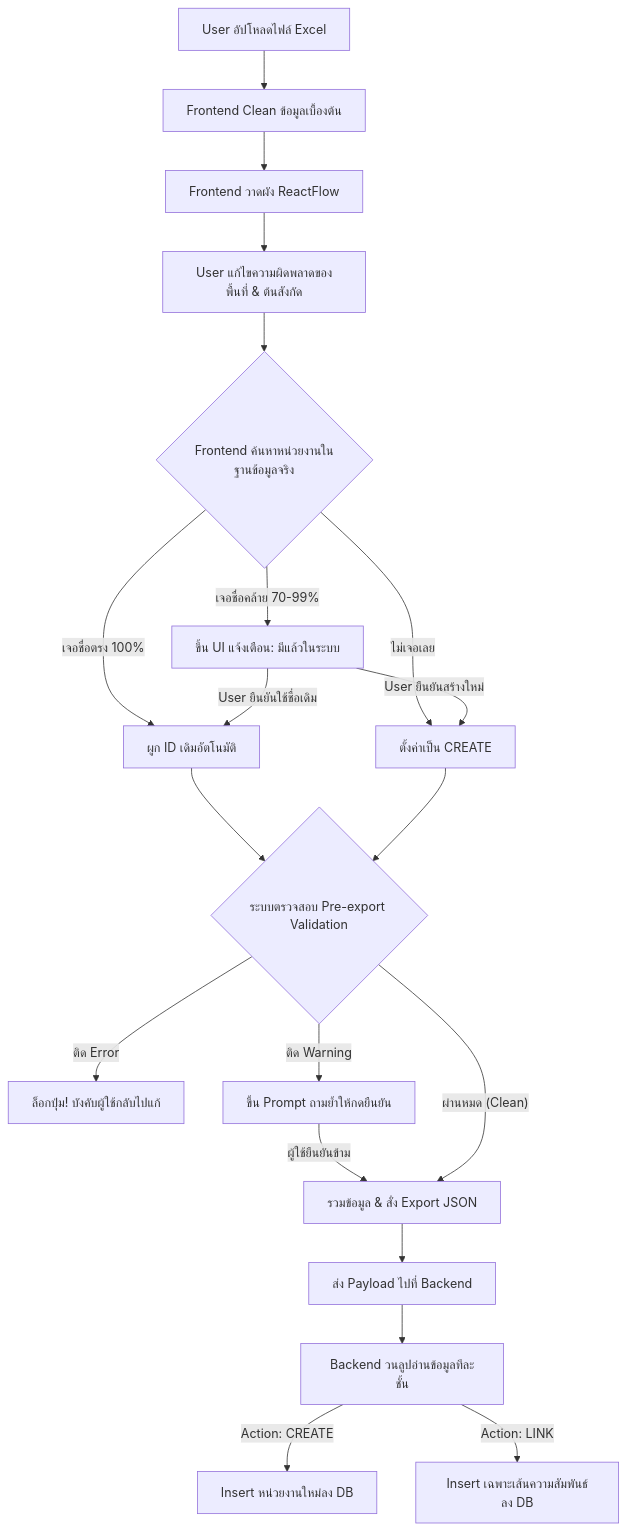
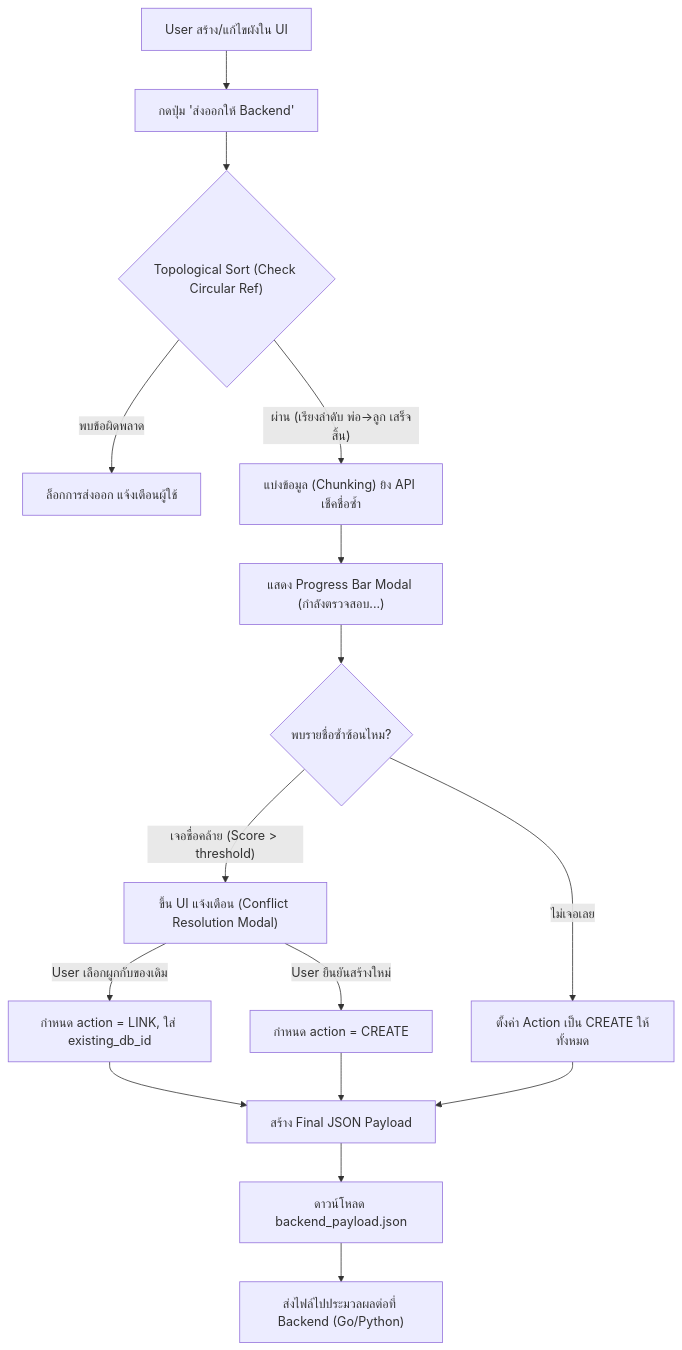
Before and after one commit to traffy-nectec/org-chart-creation: the first of 2 diagrams in README.md, drawn with Mermaid. The commit also changed other lines of this file and 10 other files, not shown here.

Commit message:
feat: Add Topological Sort and Conflict Resolution UI for bulk export

````diff
--- a/README.md
+++ b/README.md
@@ -65,28 +70,24 @@
 ```mermaid
 flowchart TD
-  A["User อัปโหลดไฟล์ Excel"] --> B["Frontend Clean ข้อมูลเบื้องต้น"]
-  B --> C["Frontend วาดผัง ReactFlow"]
-  C --> D["User แก้ไขความผิดพลาดของพื้นที่ & ต้นสังกัด"]
-  D --> E{"Frontend ค้นหาหน่วยงานในฐานข้อมูลจริง"}
+  A["User สร้าง/แก้ไขผังใน UI"] --> B["กดปุ่ม 'ส่งออกให้ Backend'"]
+  B --> C{"Topological Sort (Check Circular Ref)"}
   
-  E -->|"เจอชื่อคล้าย 70-99%"| G["ขึ้น UI แจ้งเตือน: มีแล้วในระบบ"]
-  E -->|"เจอชื่อตรง 100%"| F["ผูก ID เดิมอัตโนมัติ"]
-  E -->|"ไม่เจอเลย"| H["ตั้งค่าเป็น CREATE"]
+  C -->|"พบข้อผิดพลาด"| D["ล็อกการส่งออก แจ้งเตือนผู้ใช้"]
+  C -->|"ผ่าน (เรียงลำดับ พ่อ->ลูก เสร็จสิ้น)"| E["แบ่งข้อมูล (Chunking) ยิง API เช็คชื่อซ้ำ"]
   
-  G -->|"User ยืนยันใช้ชื่อเดิม"| F
-  G -->|"User ยืนยันสร้างใหม่"| H
+  E --> F["แสดง Progress Bar Modal (กำลังตรวจสอบ...)"]
+  F --> G{"พบรายชื่อซ้ำซ้อนไหม?"}
   
-  F --> I{"ระบบตรวจสอบ Pre-export Validation"}
-  H --> I
+  G -->|"เจอชื่อคล้าย (Score > threshold)"| H["ขึ้น UI แจ้งเตือน (Conflict Resolution Modal)"]
+  G -->|"ไม่เจอเลย"| I["ตั้งค่า Action เป็น CREATE ให้ทั้งหมด"]
   
-  I -->|"ติด Error"| J["ล็อกปุ่ม! บังคับผู้ใช้กลับไปแก้"]
-  I -->|"ติด Warning"| K["ขึ้น Prompt ถามย้ำให้กดยืนยัน"]
-  K -->|"ผู้ใช้ยืนยันข้าม"| L["รวมข้อมูล & สั่ง Export JSON"]
-  I -->|"ผ่านหมด (Clean)"| L
+  H -->|"User เลือกผูกกับของเดิม"| J["กำหนด action = LINK, ใส่ existing_db_id"]
+  H -->|"User ยืนยันสร้างใหม่"| K["กำหนด action = CREATE"]
   
-  L --> M["ส่ง Payload ไปที่ Backend"]
-  M --> N["Backend วนลูปอ่านข้อมูลทีละชั้น"]
+  J --> L["สร้าง Final JSON Payload"]
+  K --> L
+  I --> L
   
-  N -->|"Action: CREATE"| O["Insert หน่วยงานใหม่ลง DB"]
-  N -->|"Action: LINK"| P["Insert เฉพาะเส้นความสัมพันธ์ลง DB"]
+  L --> M["ดาวน์โหลด backend_payload.json"]
+  M --> N["ส่งไฟล์ไปประมวลผลต่อที่ Backend (Go/Python)"]
 ```
````
